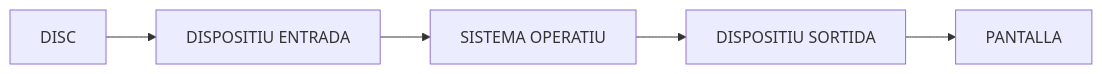
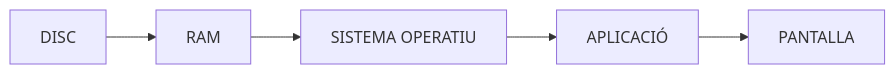
One commit to Dok-coding/ASIX changed the diagram in 0369_Implantacio_de_sistemes_operatius/Projecte_3/Projecte_3_AlexMorcillo.md. Above: the diagram before and after it, drawn with Mermaid. The commit also changed other lines of this file and 1 other file, not shown here.

````diff
--- a/0369_Implantacio_de_sistemes_operatius/Projecte_3/Projecte_3_AlexMorcillo.md
+++ b/0369_Implantacio_de_sistemes_operatius/Projecte_3/Projecte_3_AlexMorcillo.md
@@ -397,5 +403,5 @@
 ```mermaid
 flowchart LR
-    A[DISC] --> B[DISPOSITIU ENTRADA] --> C[SISTEMA OPERATIU] --> D[DISPOSITIU SORTIDA] --> E[PANTALLA]
+    A[DISC] --> B[RAM] --> C[SISTEMA OPERATIU] --> D[APLICACIÓ] --> E[PANTALLA]
     
 ```
````
